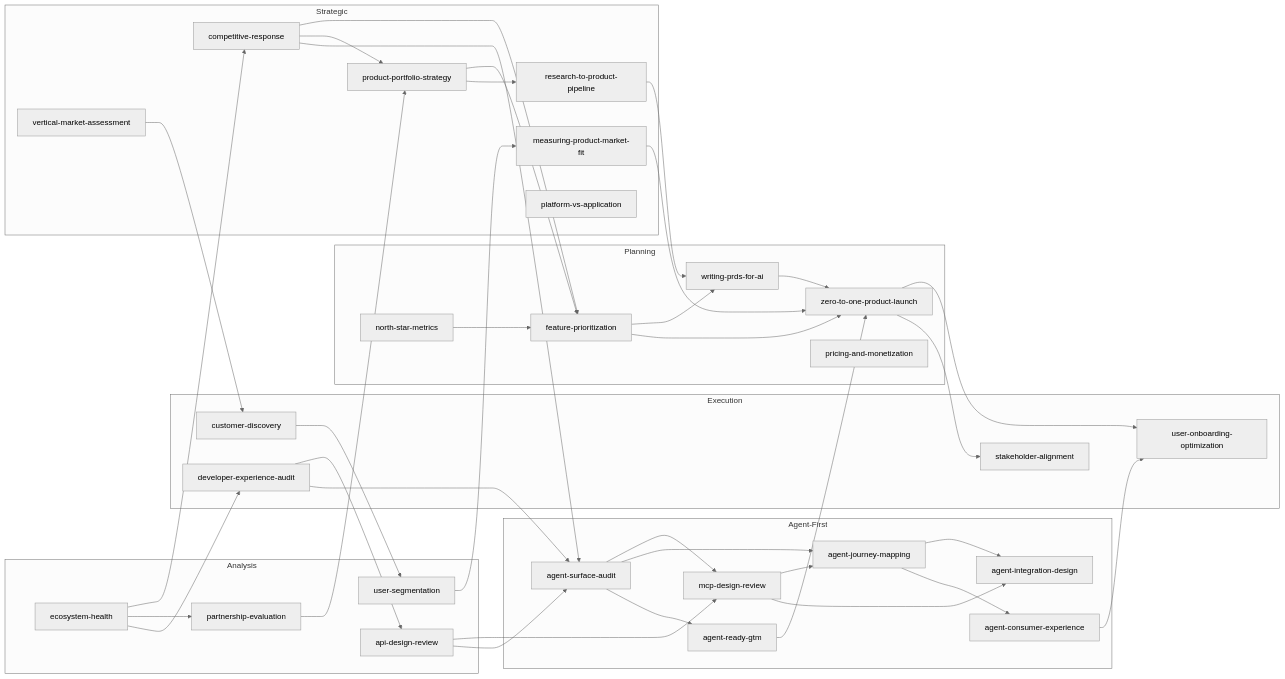
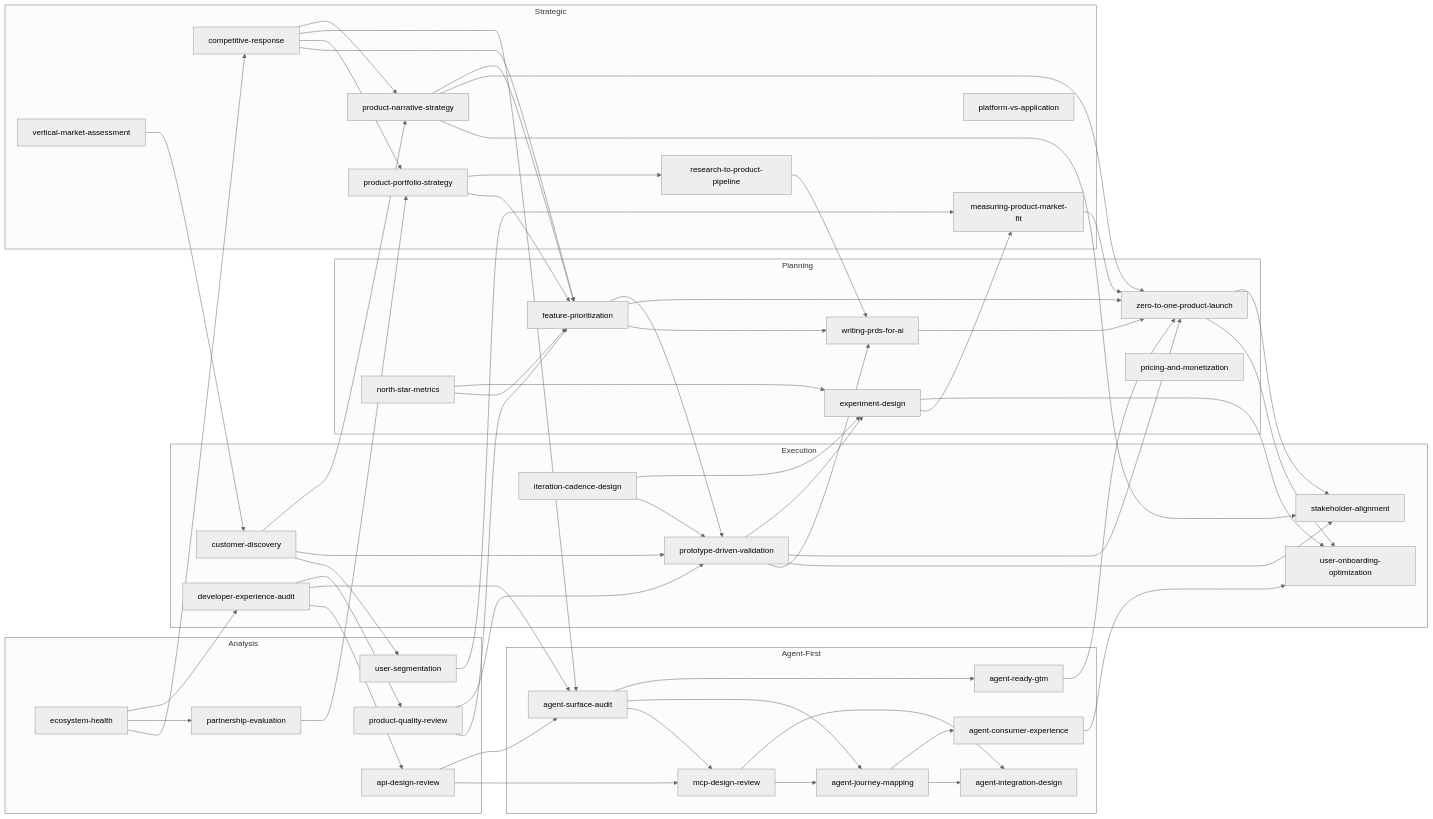
Before and after one commit to ashstep2/pm-playbook: the diagram in README.md, drawn with Mermaid (neutral theme). The commit also changed other lines of this file and 13 other files, not shown here.

````diff
--- a/README.md
+++ b/README.md
@@ -114,6 +119,7 @@
         RTP[research-to-product-pipeline]
         PVA[platform-vs-application]
         VMA[vertical-market-assessment]
+        PNS[product-narrative-strategy]
     end
 
     subgraph Planning
@@ -122,6 +128,7 @@
         PM[pricing-and-monetization]
         NSM[north-star-metrics]
         PRD[writing-prds-for-ai]
+        EXP[experiment-design]
     end
 
     subgraph Execution
@@ -129,6 +136,8 @@
         DXA[developer-experience-audit]
         UOO[user-onboarding-optimization]
         SA[stakeholder-alignment]
+        PDV[prototype-driven-validation]
+        ICD[iteration-cadence-design]
     end
 
     subgraph Agent-First
@@ -145,6 +154,7 @@
         EH[ecosystem-health]
         ADR[api-design-review]
         PE[partnership-evaluation]
+        PQR[product-quality-review]
     end
 
     CD --> US --> PMF --> ZTO
@@ -177,4 +187,23 @@
     AJM --> ACE
     AGTM --> ZTO
     ACE --> UOO
+    CD --> PDV
+    FP --> PDV
+    PDV --> PRD
+    PDV --> SA
+    PDV --> ZTO
+    PDV --> EXP
+    PNS --> SA
+    PNS --> ZTO
+    PNS --> FP
+    CD --> PNS
+    CR --> PNS
+    NSM --> EXP
+    EXP --> PMF
+    EXP --> UOO
+    ICD --> PDV
+    ICD --> EXP
+    DXA --> PQR
+    PQR --> FP
+    PQR --> PDV
 ```
````
